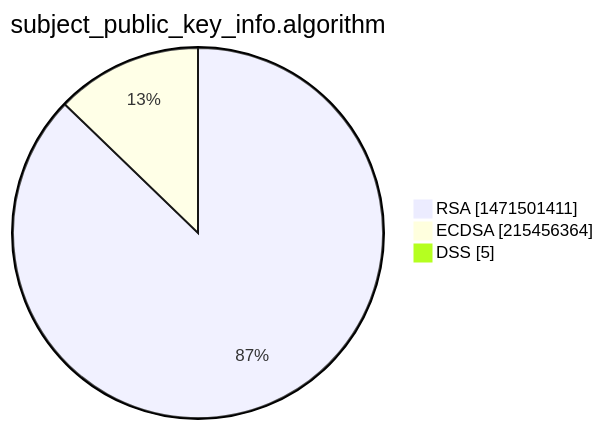
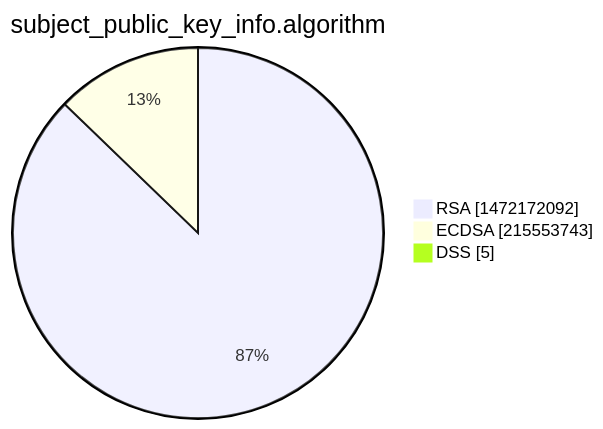
One commit to christiankrug/ctmonitor_visualization changed the third of 15 diagrams in xenon2022/README.md. Above: the diagram before and after it, drawn with Mermaid. The commit also changed other lines of this file, not shown here.

````diff
--- a/xenon2022/README.md
+++ b/xenon2022/README.md
@@ -14,7 +14,7 @@
 ```mermaid
 pie showData
 title subject_public_key_info.algorithm
-"RSA" :1471501411
-"ECDSA" :215456364
+"RSA" :1472172092
+"ECDSA" :215553743
 "DSS" :5
 ```
````
